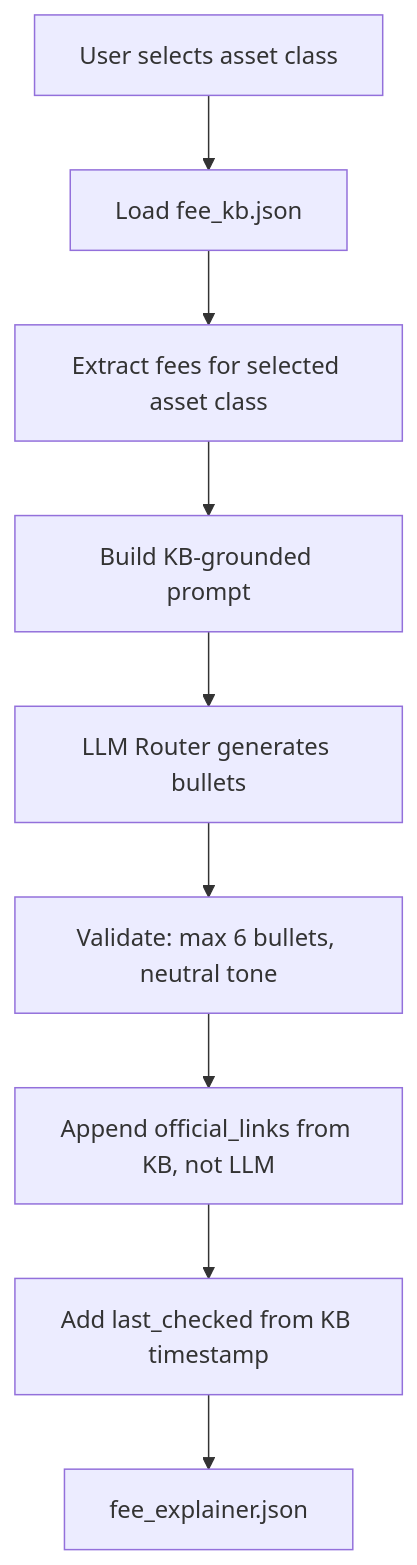
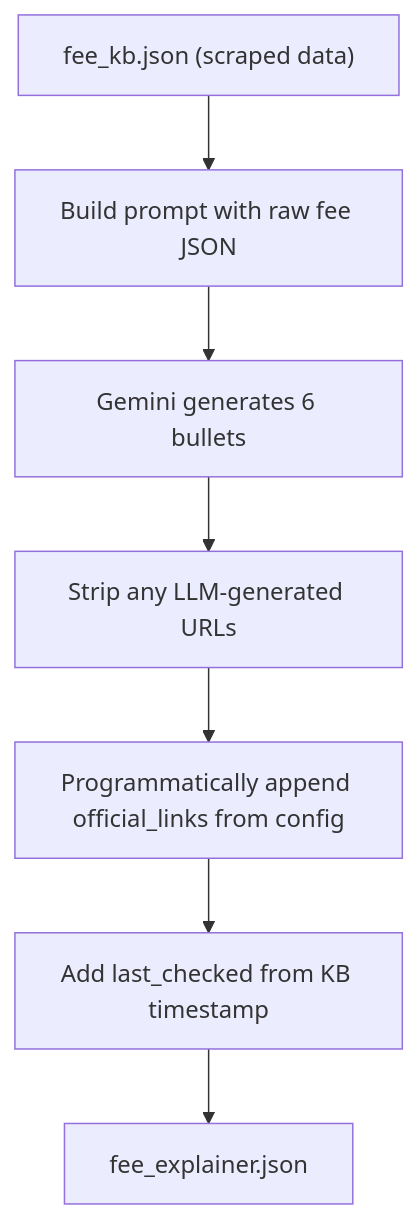
Before and after one commit to swayam-kr/M2_MCP_AI_Automation: the seventh of 11 diagrams in architecture.md, drawn with Mermaid. The commit also changed other lines of this file and 1 other file, not shown here.

Commit message:
Docs: rewrite architecture.md as portfolio playbook + create API_DOCS.md with endpoint specs, MCP protocol, and LLM internals

````diff
--- a/architecture.md
+++ b/architecture.md
@@ -702,11 +433,9 @@
 ```mermaid
 graph TD
-    SELECT["User selects asset class"] --> LOAD["Load fee_kb.json"]
-    LOAD --> EXTRACT["Extract fees for selected asset class"]
-    EXTRACT --> PROMPT["Build KB-grounded prompt"]
-    PROMPT --> LLM["LLM Router generates bullets"]
-    LLM --> VALIDATE["Validate: max 6 bullets, neutral tone"]
-    VALIDATE --> APPEND["Append official_links from KB, not LLM"]
+    KB["fee_kb.json (scraped data)"] --> PROMPT["Build prompt with raw fee JSON"]
+    PROMPT --> LLM["Gemini generates 6 bullets"]
+    LLM --> STRIP["Strip any LLM-generated URLs"]
+    STRIP --> APPEND["Programmatically append official_links from config"]
     APPEND --> STAMP["Add last_checked from KB timestamp"]
     STAMP --> OUTPUT["fee_explainer.json"]
 ```
````
